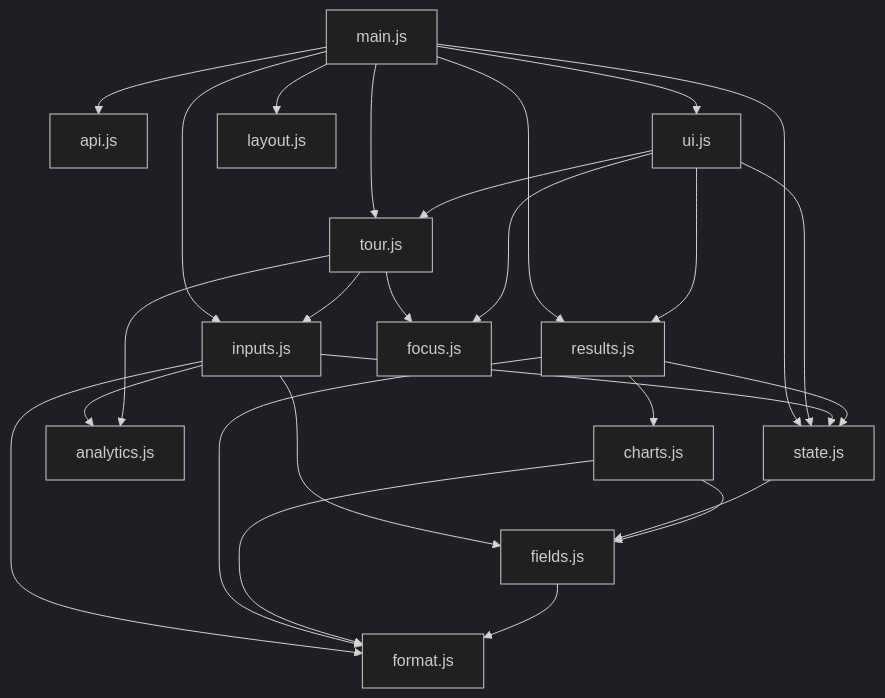
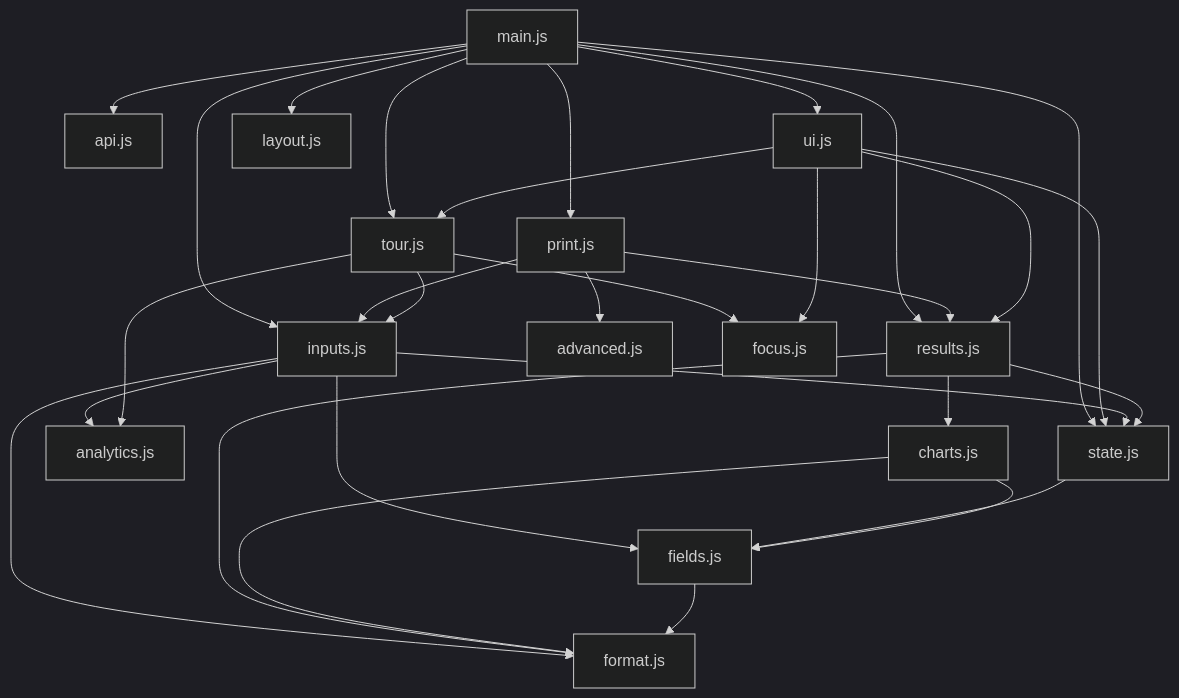
One commit to palsagar/rent-vs-buy-simulator changed the diagram in docs/architecture.md. Above: the diagram before and after it, drawn with Mermaid (dark theme). The commit also changed other lines of this file and 8 other files, not shown here.

Commit message:
feat: print a light summary with legible charts

````diff
--- a/docs/architecture.md
+++ b/docs/architecture.md
@@ -21,28 +21,32 @@
 ```mermaid
 graph TD
     main["main.js"] --> api["api.js"]
     main --> inputs["inputs.js"]
     main --> results["results.js"]
     main --> state["state.js"]
     main --> tour["tour.js"]
     main --> ui["ui.js"]
     main --> layout["layout.js"]
+    main --> print["print.js"]
+    print --> results
+    print --> inputs
+    print --> advanced["advanced.js"]
     ui --> state
     inputs --> fields["fields.js"]
     inputs --> analytics["analytics.js"]
     inputs --> format["format.js"]
     inputs --> state
     state --> fields
     tour --> analytics
     tour --> inputs
     tour --> focus["focus.js"]
     ui --> tour
     ui --> focus
     results --> charts["charts.js"]
     results --> format
     results --> state
     ui --> results
     charts --> fields
     charts --> format
     fields --> format
 ```
````
